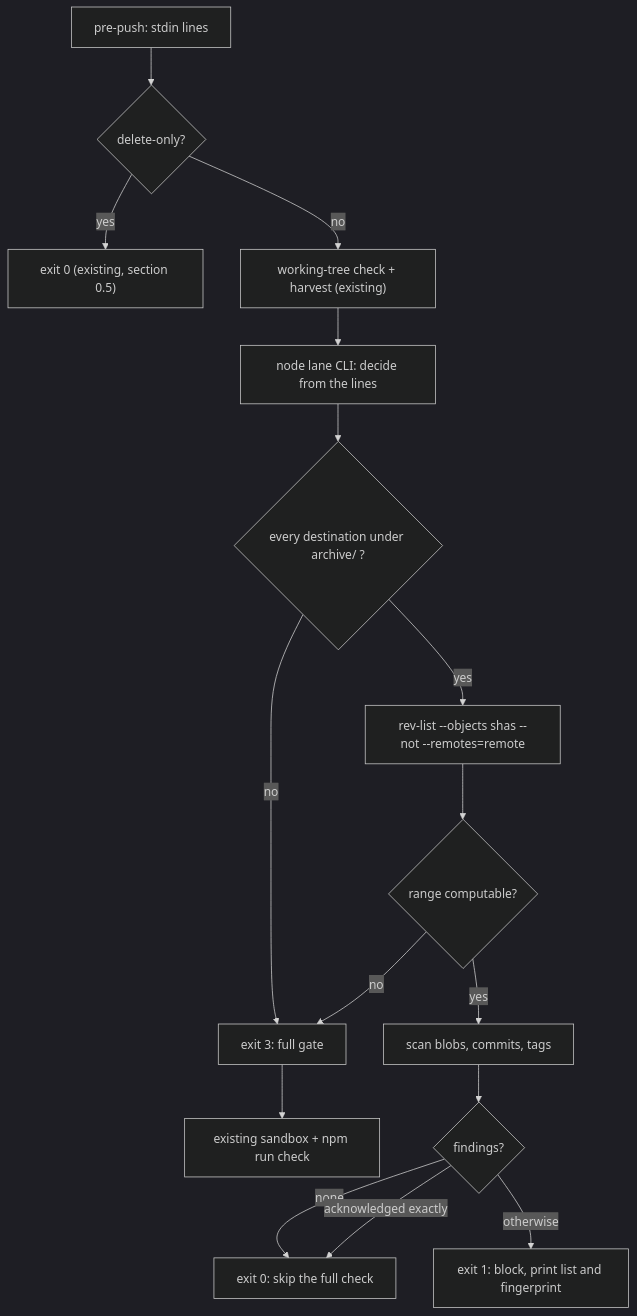
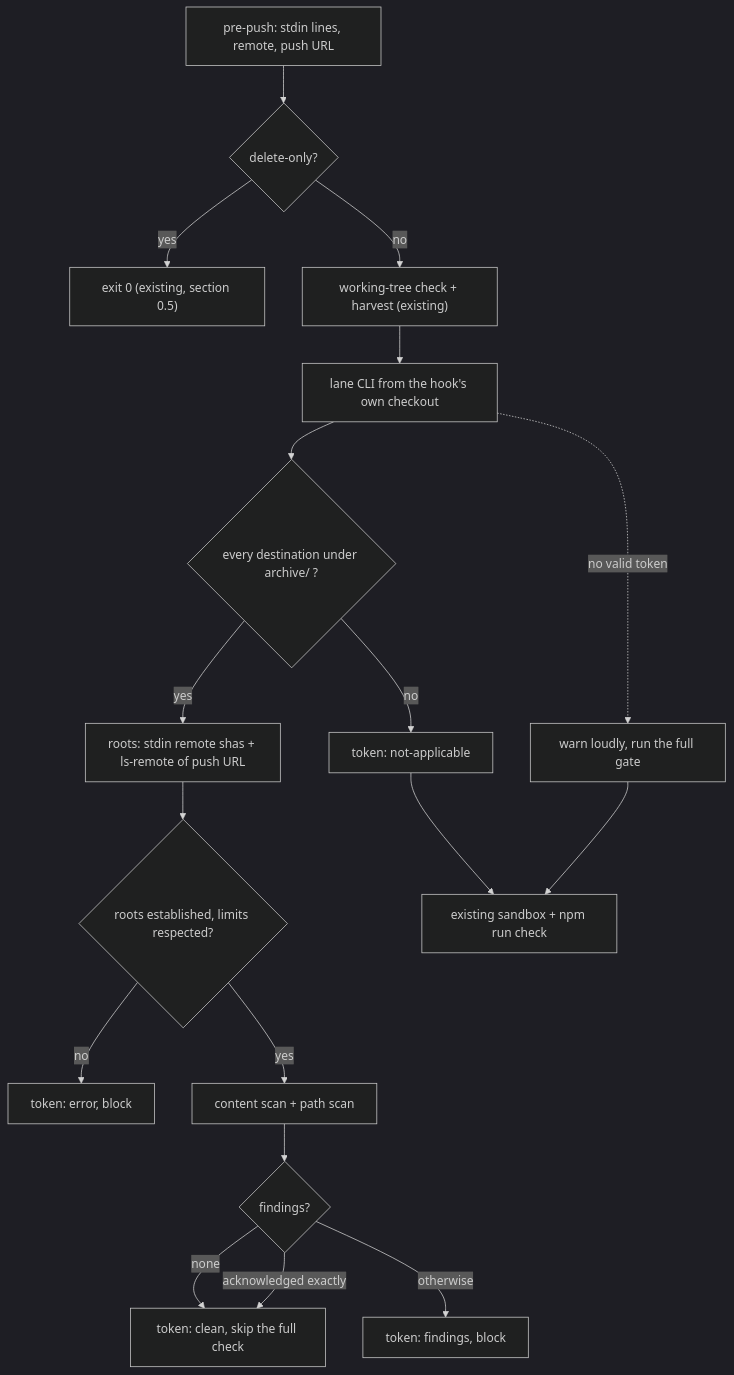
The diagram in docs/plans/prepush-archive-lane.md (Lbstrydom/claude-engineering-skills), drawn with Mermaid (dark theme) before and after one commit. The commit also changed other lines of this file, not shown here.

Commit message:
plan: archive lane audit rounds (3 GPT, 2 Gemini): destination-derived roots, path coverage, result protocol, credential-safe output

````diff
--- a/docs/plans/prepush-archive-lane.md
+++ b/docs/plans/prepush-archive-lane.md
@@ -69,18 +78,20 @@
 ```mermaid
 flowchart TD
-  A["pre-push: stdin lines"] --> B{"delete-only?"}
+  A["pre-push: stdin lines, remote, push URL"] --> B{"delete-only?"}
   B -->|"yes"| X["exit 0 (existing, section 0.5)"]
   B -->|"no"| C["working-tree check + harvest (existing)"]
-  C --> D["node lane CLI: decide from the lines"]
+  C --> D["lane CLI from the hook's own checkout"]
   D --> E{"every destination under archive/ ?"}
-  E -->|"no"| F["exit 3: full gate"]
-  E -->|"yes"| G["rev-list --objects shas --not --remotes=remote"]
-  G --> H{"range computable?"}
-  H -->|"no"| F
-  H -->|"yes"| I["scan blobs, commits, tags"]
+  E -->|"no"| F["token: not-applicable"]
+  E -->|"yes"| G["roots: stdin remote shas + ls-remote of push URL"]
+  G --> H{"roots established, limits respected?"}
+  H -->|"no"| R["token: error, block"]
+  H -->|"yes"| I["content scan + path scan"]
   I --> J{"findings?"}
-  J -->|"none"| K["exit 0: skip the full check"]
+  J -->|"none"| K["token: clean, skip the full check"]
   J -->|"acknowledged exactly"| K
-  J -->|"otherwise"| L["exit 1: block, print list and fingerprint"]
+  J -->|"otherwise"| L["token: findings, block"]
+  D -.->|"no valid token"| W["warn loudly, run the full gate"]
   F --> M["existing sandbox + npm run check"]
+  W --> M
 ```
````
